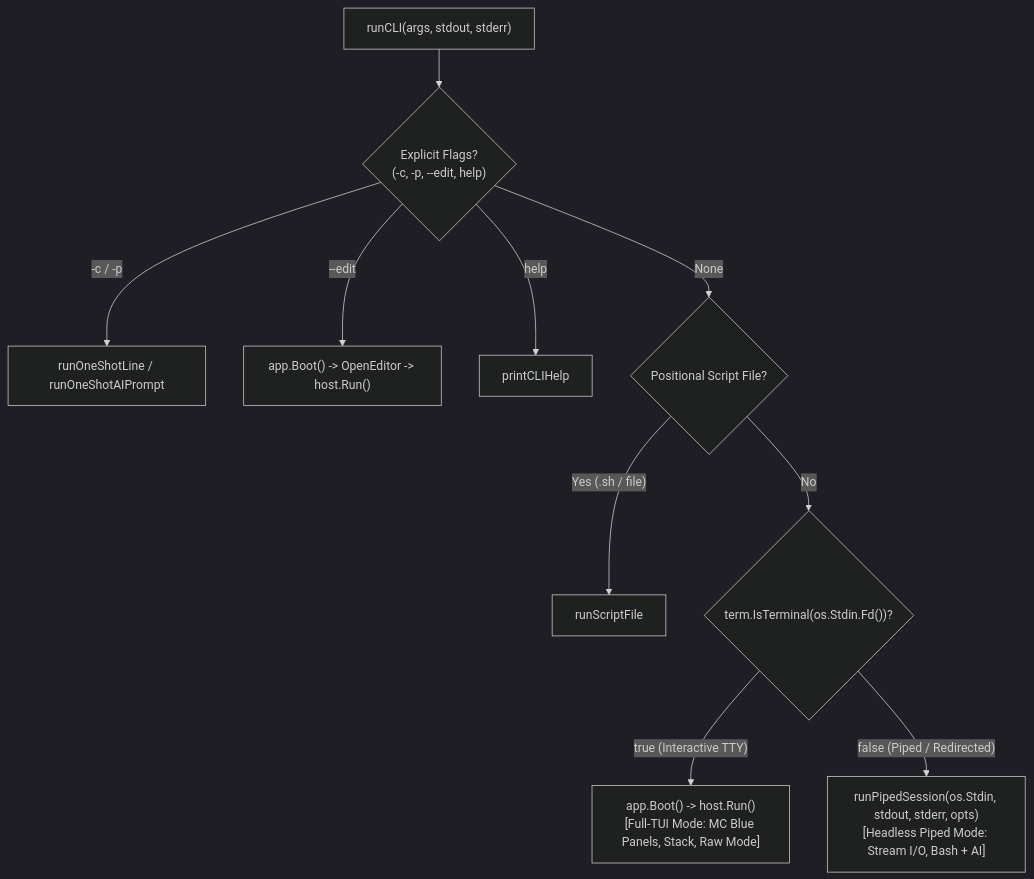
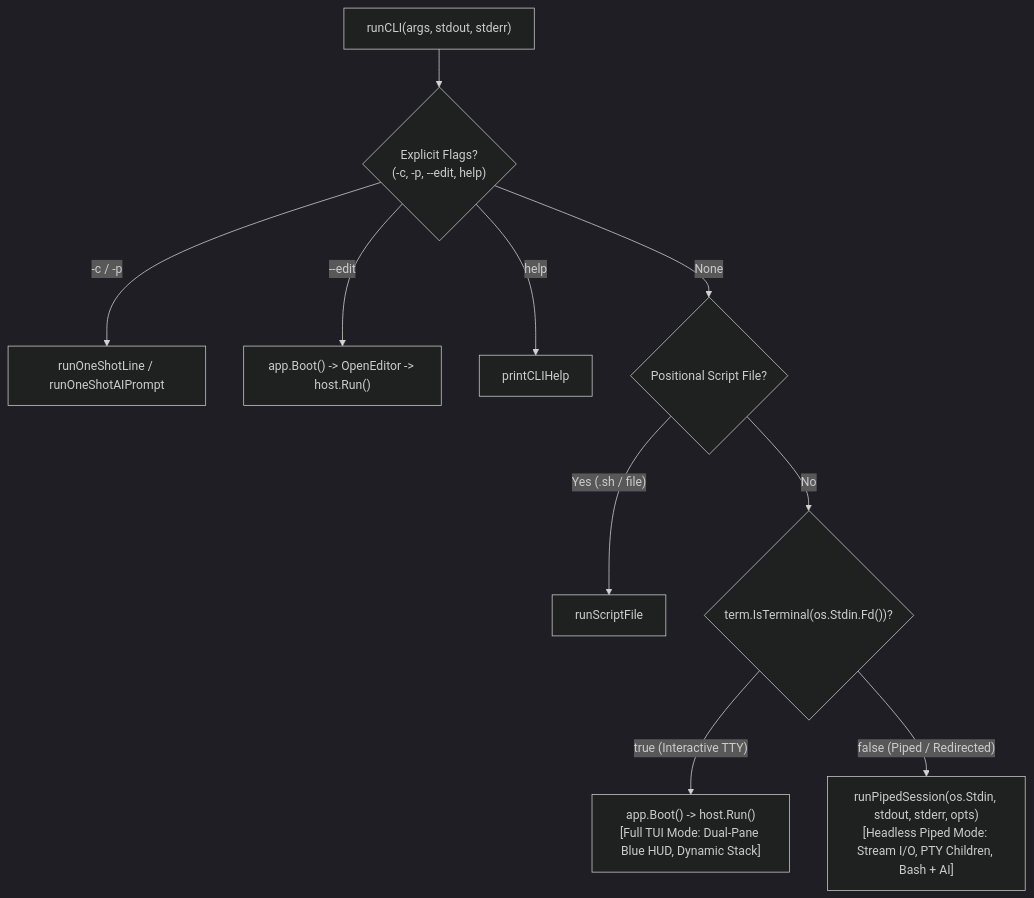
The diagram in kabibi/docs/6-piped.md (mavity/rusticated), drawn with Mermaid (dark theme) before and after one commit. The commit also changed other lines of this file and 8 other files, not shown here.

Commit message:
Piped PTY not quite working: a fix is needed.

````diff
--- a/kabibi/docs/6-piped.md
+++ b/kabibi/docs/6-piped.md
@@ -118,12 +62,12 @@
 ```mermaid
 flowchart TD
     A["runCLI(args, stdout, stderr)"] --> B{"Explicit Flags?\n(-c, -p, --edit, help)"}
     B -- "-c / -p" --> C["runOneShotLine / runOneShotAIPrompt"]
     B -- "--edit" --> D["app.Boot() -> OpenEditor -> host.Run()"]
     B -- "help" --> E["printCLIHelp"]
     B -- "None" --> F{"Positional Script File?"}
     F -- "Yes (.sh / file)" --> G["runScriptFile"]
     F -- "No" --> H{"term.IsTerminal(os.Stdin.Fd())?"}
-    H -- "true (Interactive TTY)" --> I["app.Boot() -> host.Run()\n[Full-TUI Mode: MC Blue Panels, Stack, Raw Mode]"]
-    H -- "false (Piped / Redirected)" --> J["runPipedSession(os.Stdin, stdout, stderr, opts)\n[Headless Piped Mode: Stream I/O, Bash + AI]"]
+    H -- "true (Interactive TTY)" --> I["app.Boot() -> host.Run()\n[Full TUI Mode: Dual-Pane Blue HUD, Dynamic Stack]"]
+    H -- "false (Piped / Redirected)" --> J["runPipedSession(os.Stdin, stdout, stderr, opts)\n[Headless Piped Mode: Stream I/O, PTY Children, Bash + AI]"]
 ```
````
